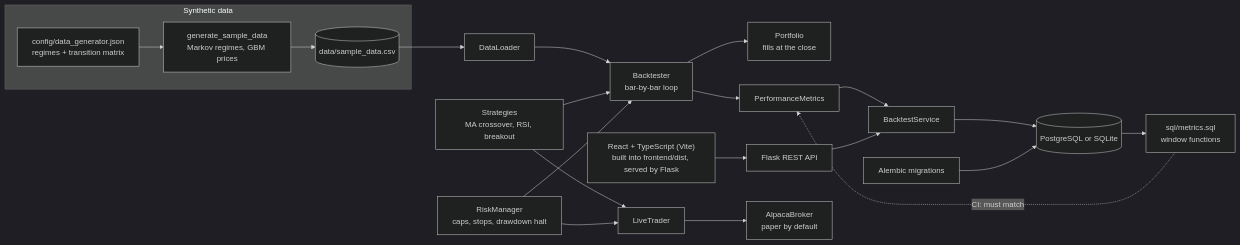
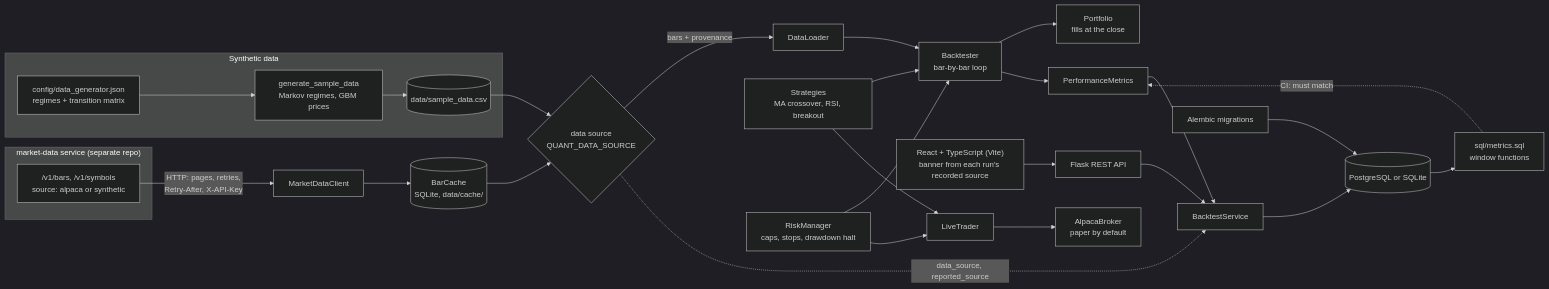
Before and after one commit to lokaz-c/quant: the diagram in README.md, drawn with Mermaid (dark theme). The commit also changed other lines of this file and 5 other files, not shown here.

First line of the commit message:
Docs: data sources, the client and cache, labelling, results-real

````diff
--- a/README.md
+++ b/README.md
@@ -15,23 +20,31 @@
 ```mermaid
 flowchart LR
     subgraph data["Synthetic data"]
         cfg["config/data_generator.json<br/>regimes + transition matrix"] --> gen["generate_sample_data<br/>Markov regimes, GBM prices"]
         gen --> csv[("data/sample_data.csv")]
     end
-    csv --> loader["DataLoader"]
+    subgraph md["market-data service (separate repo)"]
+        mdapi["/v1/bars, /v1/symbols<br/>source: alpaca or synthetic"]
+    end
+    mdapi -- "HTTP: pages, retries,<br/>Retry-After, X-API-Key" --> client["MarketDataClient"]
+    client --> cache[("BarCache<br/>SQLite, data/cache/")]
+    csv --> switch{"data source<br/>QUANT_DATA_SOURCE"}
+    cache --> switch
+    switch -- "bars + provenance" --> loader["DataLoader"]
     loader --> engine["Backtester<br/>bar-by-bar loop"]
     strategies["Strategies<br/>MA crossover, RSI, breakout"] --> engine
     risk["RiskManager<br/>caps, stops, drawdown halt"] --> engine
     engine --> portfolio["Portfolio<br/>fills at the close"]
     engine --> metrics["PerformanceMetrics"]
     metrics --> service["BacktestService"]
+    switch -. "data_source, reported_source" .-> service
     service --> db[("PostgreSQL or SQLite")]
     migrations["Alembic migrations"] --> db
     db --> sqlcheck["sql/metrics.sql<br/>window functions"]
     sqlcheck -. "CI: must match" .-> metrics
     api["Flask REST API"] --> service
-    ui["React + TypeScript (Vite)<br/>built into frontend/dist, served by Flask"] --> api
+    ui["React + TypeScript (Vite)<br/>banner from each run's recorded source"] --> api
     strategies --> trader["LiveTrader"]
     risk --> trader
     trader --> broker["AlpacaBroker<br/>paper by default"]
 ```
````
